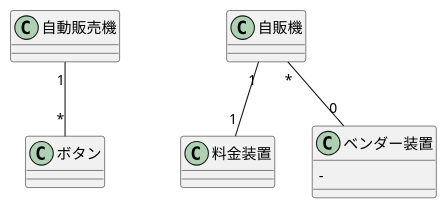
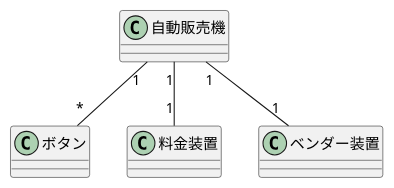
One commit to syutamorijyobi/uml-introduction changed the diagram in 演習6-4-1_クラス図_自動販売機.pu. Above: the diagram before and after it, drawn with PlantUML. The commit also changed 4 other files, not shown here.

```diff
--- a/演習6-4-1_クラス図_自動販売機.pu
+++ b/演習6-4-1_クラス図_自動販売機.pu
@@ -1,14 +1,13 @@
 @startuml
 class 自動販売機{
     }
 class ボタン{
 }
 class 料金装置{
 }
 class ベンダー装置{
-    -
 }
 自動販売機"1"--"*"ボタン
-自販機"1"--"1"料金装置
-自販機 "*"--"0"ベンダー装置
+自動販売機"1"--"1"料金装置
+自動販売機 "1"--"1"ベンダー装置
 @enduml
```
